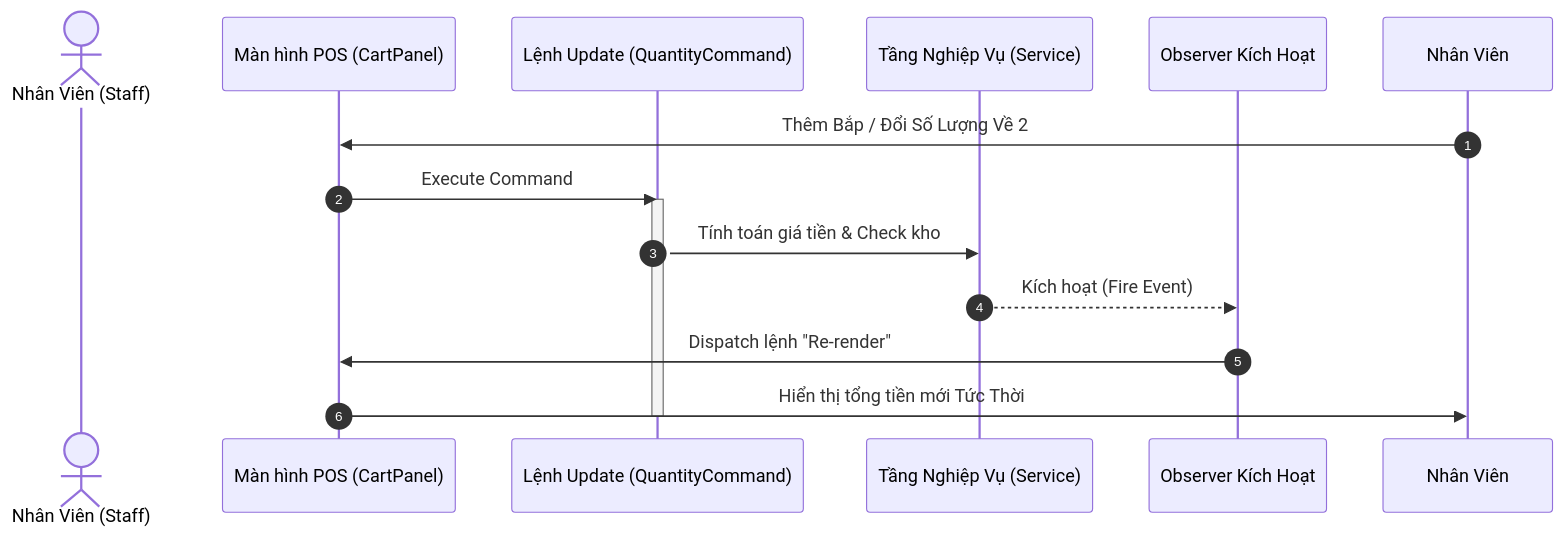
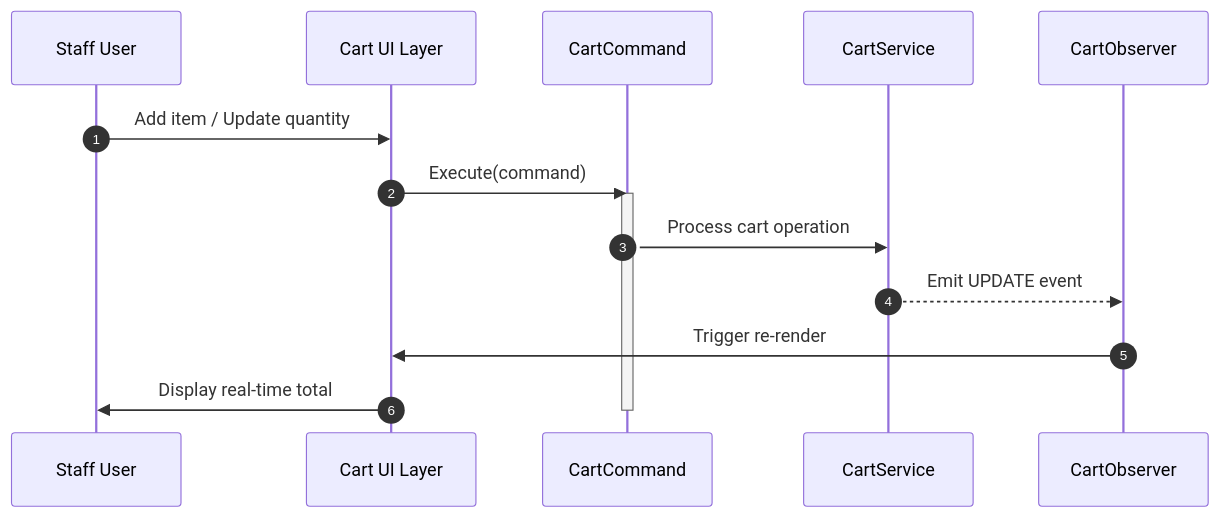
The first of 5 diagrams in README.md (Coffat/F3_Cinema), drawn with Mermaid before and after one commit. The commit also changed other lines of this file, not shown here.

````diff
--- a/README.md
+++ b/README.md
@@ -75,18 +146,18 @@
 ```mermaid
 sequenceDiagram
     autonumber
-    actor Nhân Viên (Staff)
-    participant UI as Màn hình POS (CartPanel)
-    participant C as Lệnh Update (QuantityCommand)
-    participant Logic as Tầng Nghiệp Vụ (Service)
-    participant O as Observer Kích Hoạt
+    participant Staff as Staff User
+    participant UI as Cart UI Layer
+    participant Command as CartCommand
+    participant Service as CartService
+    participant Observer as CartObserver
 
-    Nhân Viên->>UI: Thêm Bắp / Đổi Số Lượng Về 2
-    UI->>C: Execute Command
-    activate C
-    C->>Logic: Tính toán giá tiền & Check kho
-    Logic-->>O: Kích hoạt (Fire Event)
-    O->>UI: Dispatch lệnh "Re-render"
-    UI->>Nhân Viên: Hiển thị tổng tiền mới Tức Thời
-    deactivate C
+    Staff->>UI: Add item / Update quantity
+    UI->>Command: Execute(command)
+    activate Command
+    Command->>Service: Process cart operation
+    Service-->>Observer: Emit UPDATE event
+    Observer->>UI: Trigger re-render
+    UI->>Staff: Display real-time total
+    deactivate Command
 ```
````
